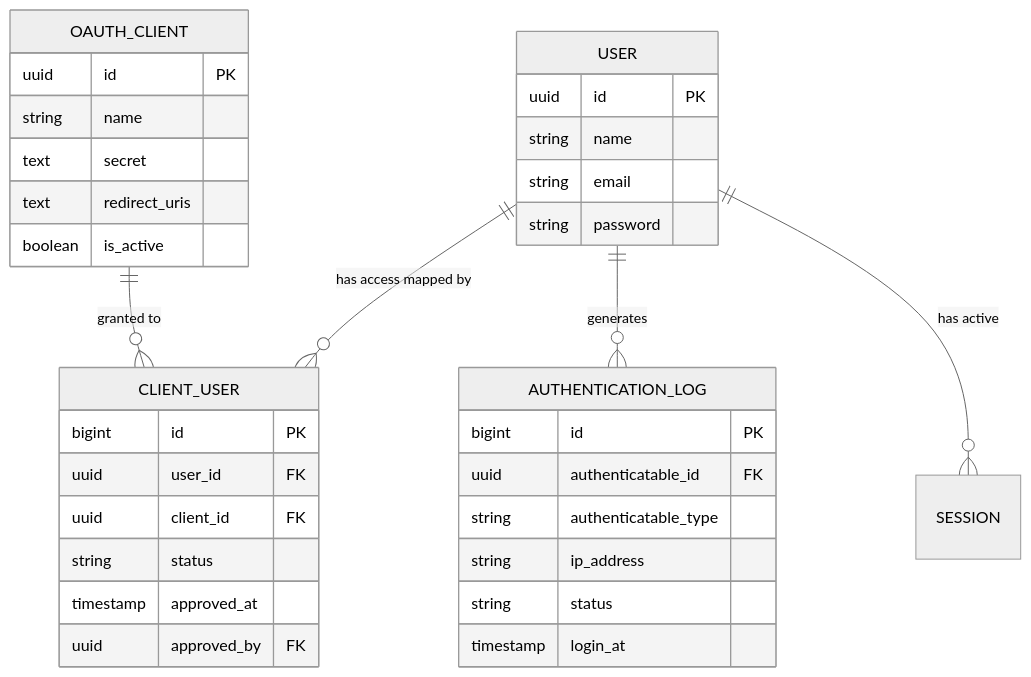
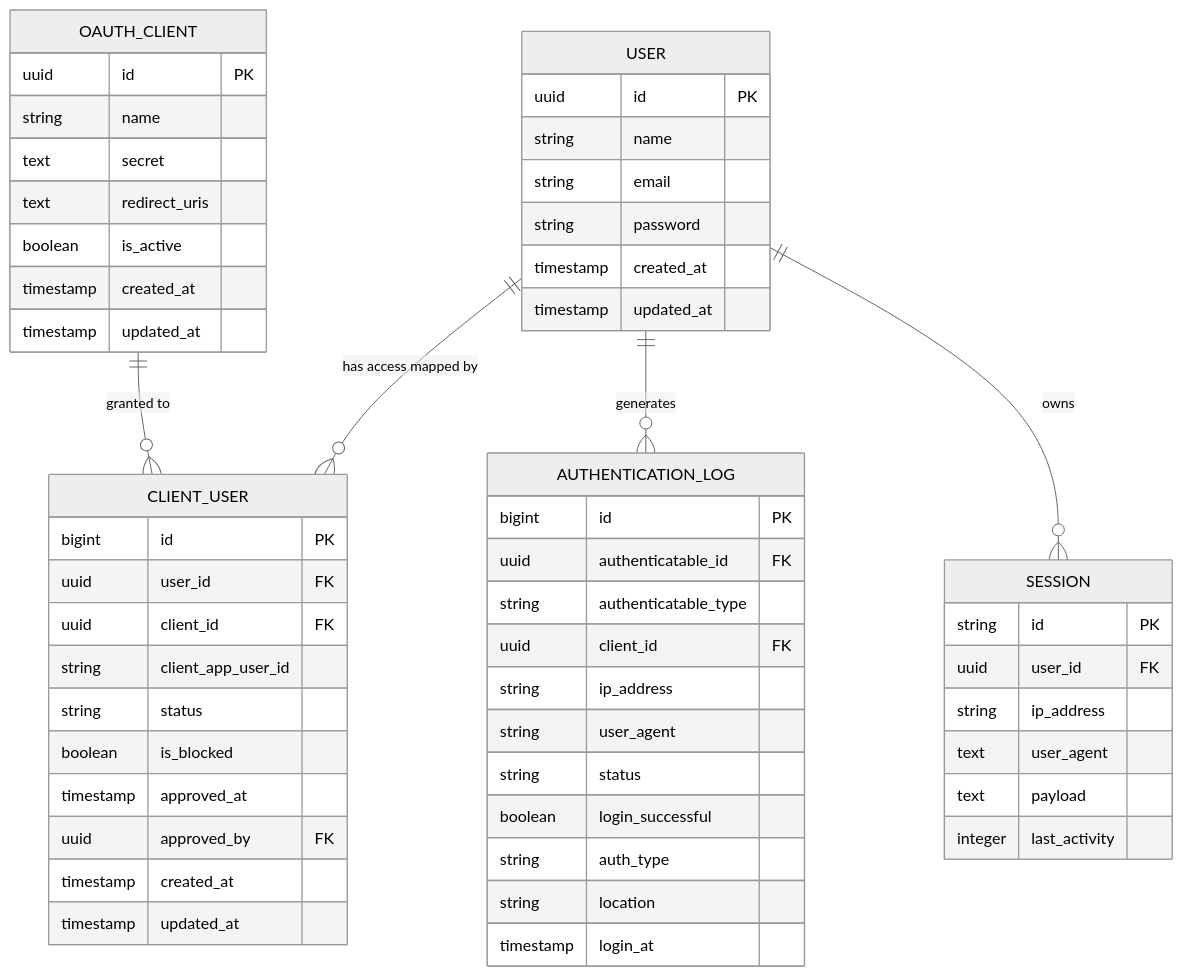
The fourth of 4 diagrams in docs/madeena_iam_prd.md (Madeena-software/madeena-iam), drawn with Mermaid (neutral theme) before and after one commit. The commit also changed other lines of this file and 3 other files, not shown here.

Commit message:
docs: reconcile product, repository, and production architecture

````diff
--- a/docs/madeena_iam_prd.md
+++ b/docs/madeena_iam_prd.md
@@ -343,40 +289,62 @@
 ```mermaid
- erDiagram
+erDiagram
     USER ||--o{ CLIENT_USER : "has access mapped by"
     OAUTH_CLIENT ||--o{ CLIENT_USER : "granted to"
     USER ||--o{ AUTHENTICATION_LOG : "generates"
-    USER ||--o{ SESSION : "has active"
+    USER ||--o{ SESSION : "owns"
     
     USER {
         uuid id PK
         string name
         string email
         string password
+        timestamp created_at
+        timestamp updated_at
     }
     
     OAUTH_CLIENT {
         uuid id PK
         string name
         text secret
         text redirect_uris
         boolean is_active
+        timestamp created_at
+        timestamp updated_at
     }
     
     CLIENT_USER {
         bigint id PK
         uuid user_id FK
         uuid client_id FK
+        string client_app_user_id
         string status
+        boolean is_blocked
         timestamp approved_at
         uuid approved_by FK
+        timestamp created_at
+        timestamp updated_at
     }
     
     AUTHENTICATION_LOG {
         bigint id PK
         uuid authenticatable_id FK
         string authenticatable_type
+        uuid client_id FK
         string ip_address
+        string user_agent
         string status
+        boolean login_successful
+        string auth_type
+        string location
         timestamp login_at
     }
+
+    SESSION {
+        string id PK
+        uuid user_id FK
+        string ip_address
+        text user_agent
+        text payload
+        integer last_activity
+    }
 ```
````
